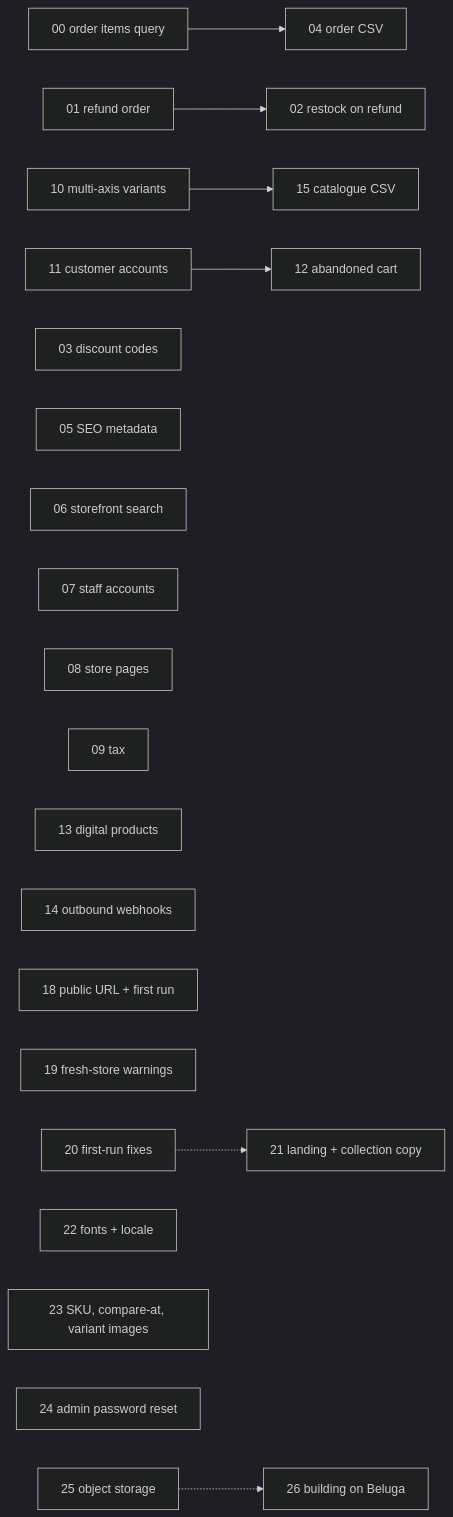
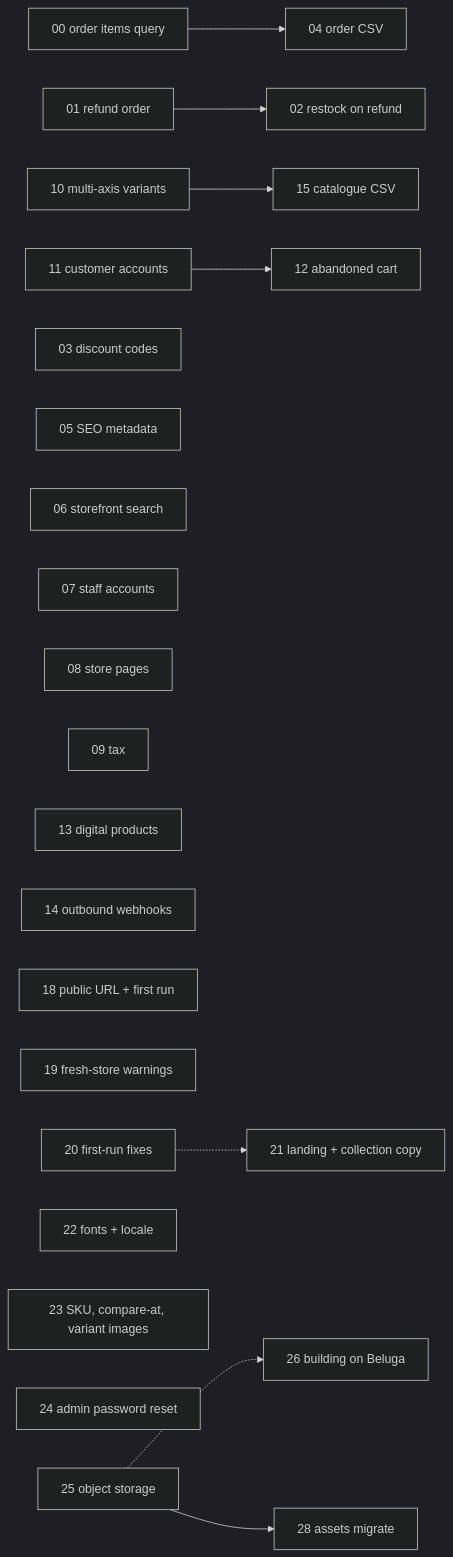
Before and after one commit to binx/yesiwantaplatform: the diagram in docs/tasks/README.md, drawn with Mermaid (dark theme). The commit also changed other lines of this file and 15 other files, not shown here.

````diff
--- a/docs/tasks/README.md
+++ b/docs/tasks/README.md
@@ -176,22 +176,23 @@
 ```mermaid
 graph LR
   T00[00 order items query] --> T04[04 order CSV]
   T01[01 refund order] --> T02[02 restock on refund]
   T10[10 multi-axis variants] --> T15[15 catalogue CSV]
   T11[11 customer accounts] --> T12[12 abandoned cart]
   T03[03 discount codes]
   T05[05 SEO metadata]
   T06[06 storefront search]
   T07[07 staff accounts]
   T08[08 store pages]
   T09[09 tax]
   T13[13 digital products]
   T14[14 outbound webhooks]
   T18[18 public URL + first run]
   T19[19 fresh-store warnings]
   T20[20 first-run fixes] -.-> T21[21 landing + collection copy]
   T22[22 fonts + locale]
   T23[23 SKU, compare-at, variant images]
   T24[24 admin password reset]
   T25[25 object storage] -.-> T26[26 building on Beluga]
+  T25 --> T28[28 assets migrate]
 ```
````
